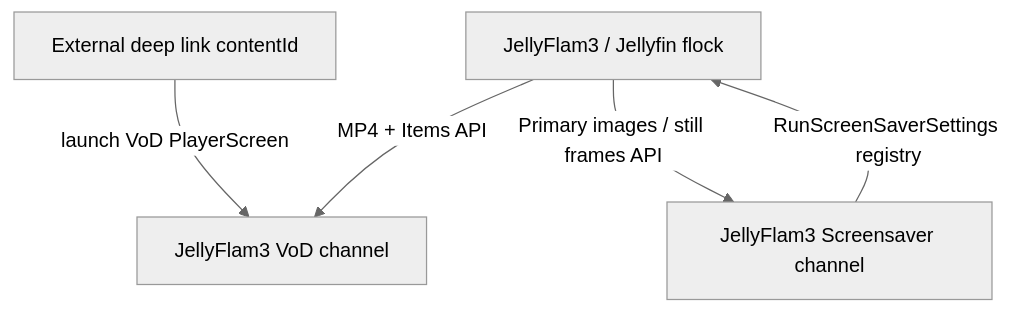
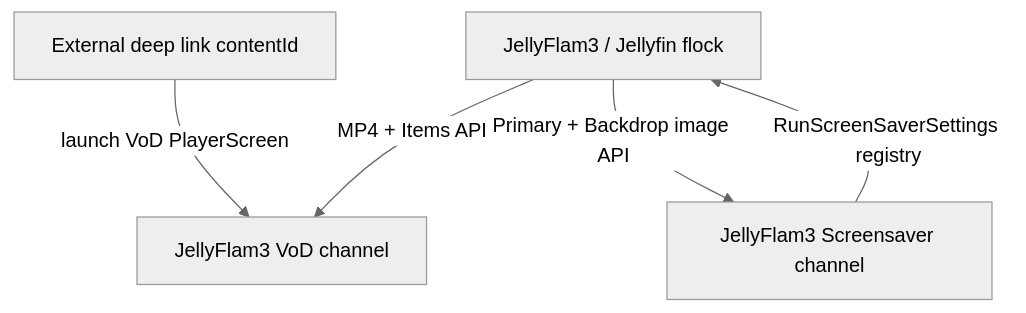
One commit to awuehler/jellyflam3-server changed the third of 9 diagrams in docs/Pi5_Flam3_VoD_Pipeline.md. Above: the diagram before and after it, drawn with Mermaid (neutral theme). The commit also changed other lines of this file and 43 other files, not shown here.

````diff
--- a/docs/Pi5_Flam3_VoD_Pipeline.md
+++ b/docs/Pi5_Flam3_VoD_Pipeline.md
@@ -312,11 +312,11 @@
 ```mermaid
 flowchart TB
   JF[JellyFlam3 / Jellyfin flock]
   VoD[JellyFlam3 VoD channel]
   SS[JellyFlam3 Screensaver channel]
   DeepLink[External deep link contentId]
   JF -->|MP4 + Items API| VoD
-  JF -->|Primary images / still frames API| SS
+  JF -->|Primary + Backdrop image API| SS
   DeepLink -->|launch VoD PlayerScreen| VoD
   SS -->|RunScreenSaverSettings registry| JF
 ```
````
